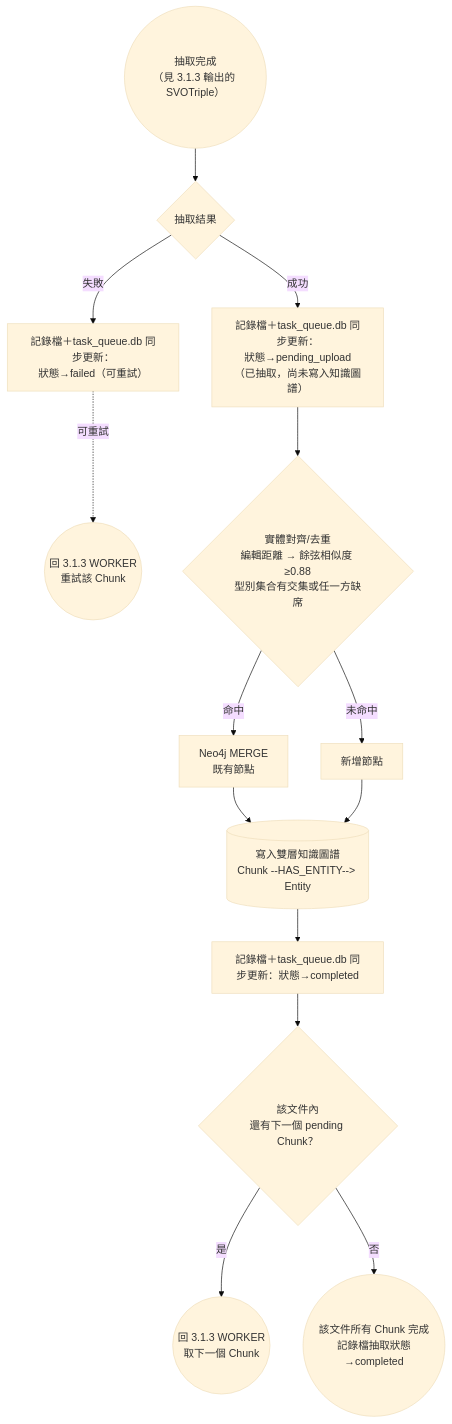
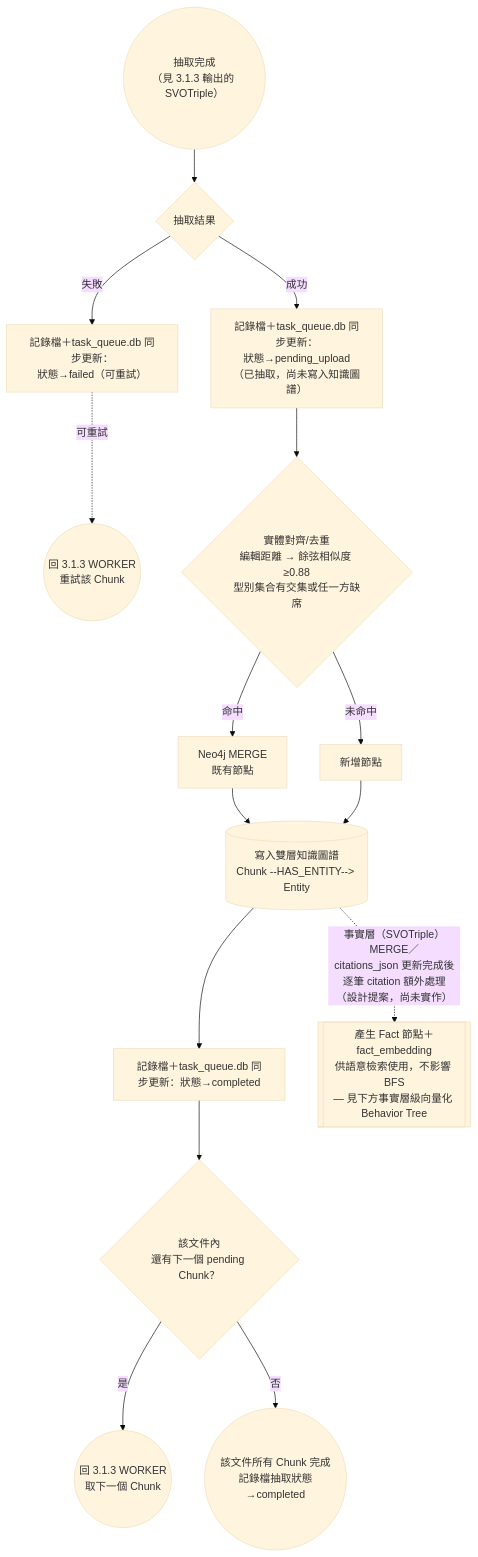
Before and after one commit to Chester930/world-knowledge-graph-rag: the eighth of 17 diagrams in docs/論文/03_系統設計與方法論.md, drawn with Mermaid (base theme). The commit also changed other lines of this file, not shown here.

````diff
--- a/docs/論文/03_系統設計與方法論.md
+++ b/docs/論文/03_系統設計與方法論.md
@@ -410,17 +410,18 @@
 ```mermaid
 flowchart TD
     HANDOFF4(("抽取完成<br/>（見 3.1.3 輸出的 SVOTriple）")) --> RESULT{"抽取結果"}
     RESULT -->|成功| UPLOAD["記錄檔＋task_queue.db 同步更新：<br/>狀態→pending_upload<br/>（已抽取，尚未寫入知識圖譜）"]
     RESULT -->|失敗| FAIL["記錄檔＋task_queue.db 同步更新：<br/>狀態→failed（可重試）"]
     FAIL -.->|可重試| RETRY(("回 3.1.3 WORKER<br/>重試該 Chunk"))
 
     UPLOAD --> DEDUP4{"實體對齊/去重<br/>編輯距離 → 餘弦相似度 ≥0.88<br/>型別集合有交集或任一方缺席"}
     DEDUP4 -->|命中| MERGE4["Neo4j MERGE<br/>既有節點"]
     DEDUP4 -->|未命中| CREATE4["新增節點"]
     MERGE4 --> KG4[("寫入雙層知識圖譜<br/>Chunk --HAS_ENTITY--> Entity")]
     CREATE4 --> KG4
     KG4 --> DONE4["記錄檔＋task_queue.db 同步更新：狀態→completed"]
     DONE4 --> NEXT4{"該文件內<br/>還有下一個 pending Chunk？"}
     NEXT4 -->|是| RETRY2(("回 3.1.3 WORKER<br/>取下一個 Chunk"))
     NEXT4 -->|否| IDLE4(("該文件所有 Chunk 完成<br/>記錄檔抽取狀態→completed"))
+    KG4 -.->|"事實層（SVOTriple）MERGE／<br/>citations_json 更新完成後<br/>逐筆 citation 額外處理<br/>（設計提案，尚未實作）"| FACTVEC[["產生 Fact 節點＋fact_embedding<br/>供語意檢索使用，不影響 BFS<br/>— 見下方事實層級向量化 Behavior Tree"]]
 ```
````
